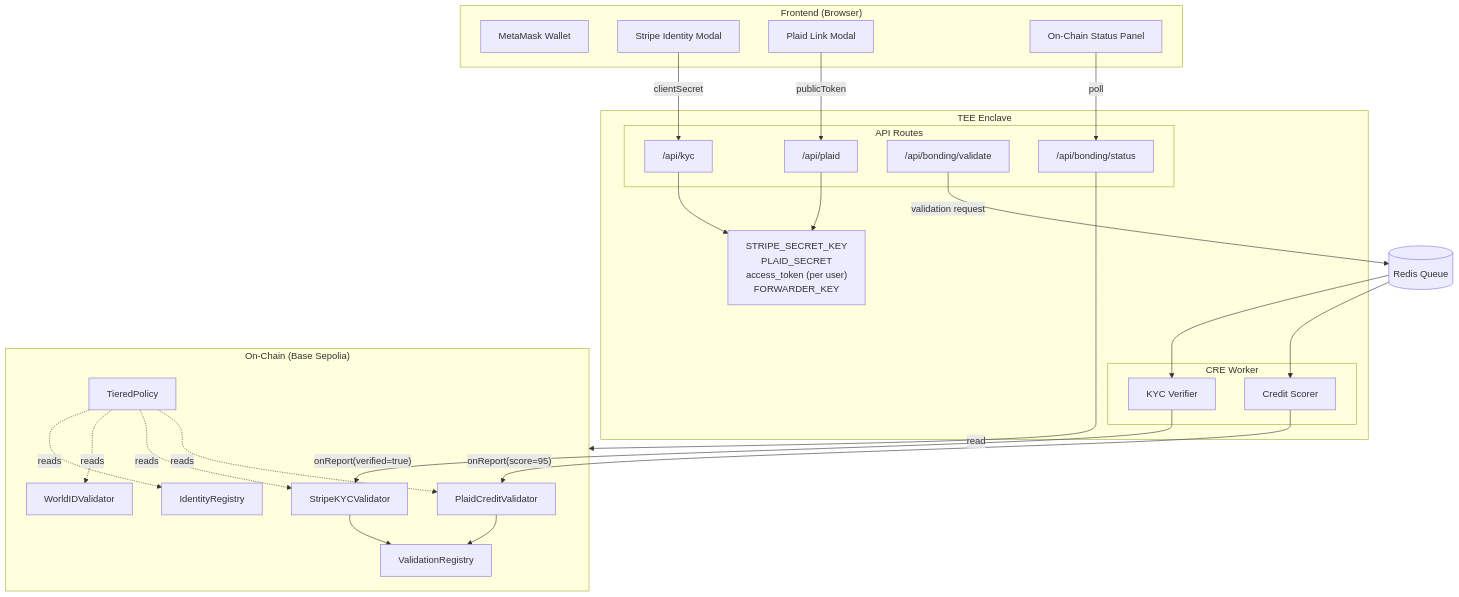
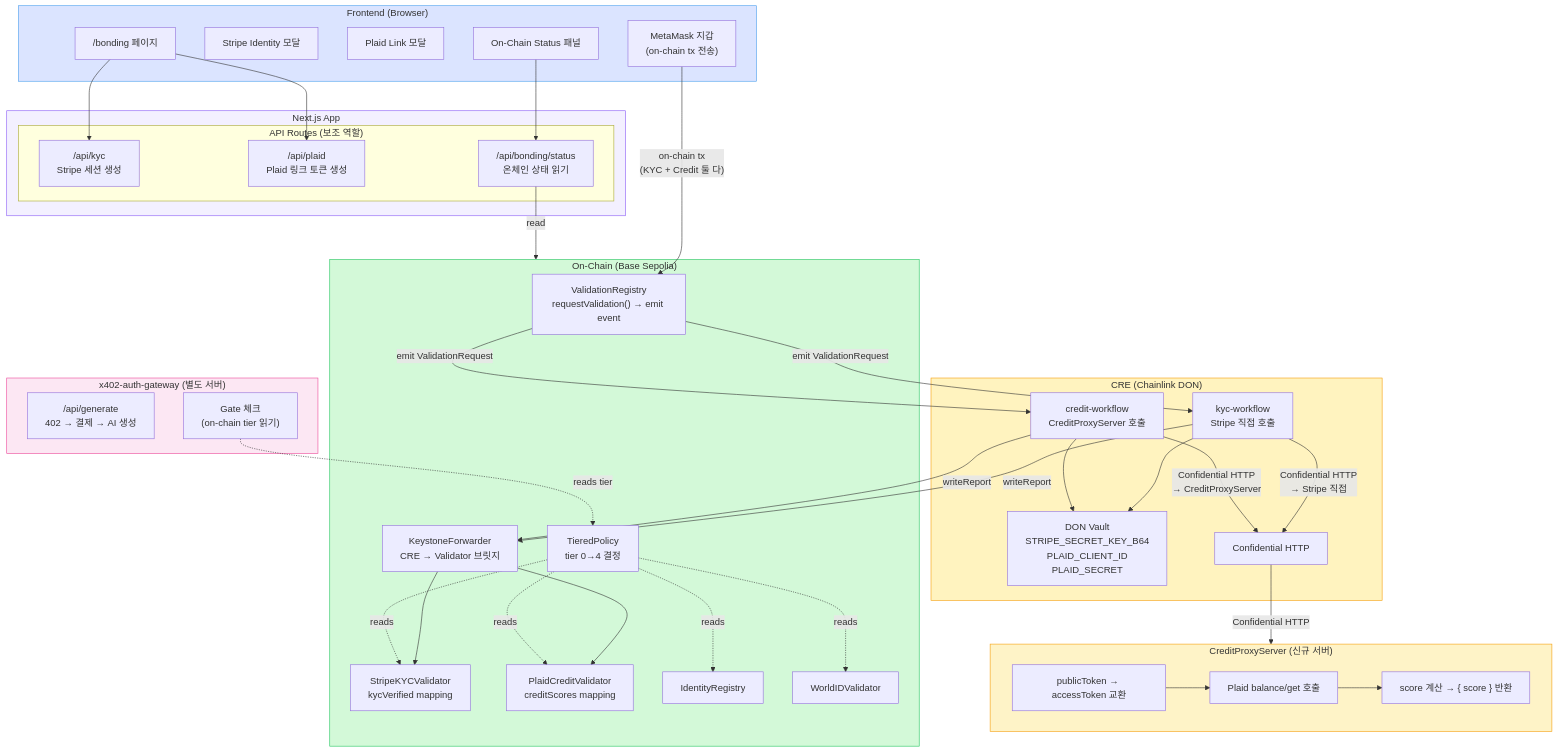
One commit to hihi-yessir/whitewall changed the second of 6 diagrams in docs/bonding-architecture.md. Above: the diagram before and after it, drawn with Mermaid. The commit also changed other lines of this file and 36 other files, not shown here.

Commit message:
replace bonding page with tryout flow, refactor demo to architecture viz

````diff
--- a/docs/bonding-architecture.md
+++ b/docs/bonding-architecture.md
@@ -103,52 +151,93 @@
 ```mermaid
 graph TB
     subgraph Browser["Frontend (Browser)"]
-        B_WALLET[MetaMask Wallet]
-        B_STRIPE[Stripe Identity Modal]
-        B_PLAID[Plaid Link Modal]
-        B_STATUS[On-Chain Status Panel]
+        B_UI["/bonding 페이지"]
+        B_STRIPE["Stripe Identity 모달"]
+        B_PLAID["Plaid Link 모달"]
+        B_WALLET["MetaMask 지갑<br/>(on-chain tx 전송)"]
+        B_STATUS["On-Chain Status 패널"]
     end
 
-    subgraph TEE["TEE Enclave"]
-        subgraph API["API Routes"]
-            API_KYC["/api/kyc"]
-            API_PLAID["/api/plaid"]
-            API_VALIDATE["/api/bonding/validate"]
-            API_STATUS["/api/bonding/status"]
-        end
-        KEYS["STRIPE_SECRET_KEY<br/>PLAID_SECRET<br/>access_token (per user)<br/>FORWARDER_KEY"]
-        subgraph CRE["CRE Worker"]
-            CRE_KYC["KYC Verifier"]
-            CRE_CREDIT["Credit Scorer"]
+    subgraph NextJS["Next.js App"]
+        subgraph APIRoutes["API Routes (보조 역할)"]
+            API_KYC["/api/kyc<br/>Stripe 세션 생성"]
+            API_PLAID["/api/plaid<br/>Plaid 링크 토큰 생성"]
+            API_STATUS["/api/bonding/status<br/>온체인 상태 읽기"]
         end
     end
 
-    REDIS[(Redis Queue)]
+    subgraph ProxyServer["CreditProxyServer (신규 서버)"]
+        PS_EXCHANGE["publicToken → accessToken 교환"]
+        PS_BALANCE["Plaid balance/get 호출"]
+        PS_SCORE["score 계산 → { score } 반환"]
+        PS_EXCHANGE --> PS_BALANCE --> PS_SCORE
+    end
+
+    subgraph Gateway["x402-auth-gateway (별도 서버)"]
+        GW_GEN["/api/generate<br/>402 → 결제 → AI 생성"]
+        GW_GATES["Gate 체크<br/>(on-chain tier 읽기)"]
+    end
 
     subgraph Chain["On-Chain (Base Sepolia)"]
-        IR[IdentityRegistry]
-        WID[WorldIDValidator]
-        SVAL[StripeKYCValidator]
-        PVAL[PlaidCreditValidator]
-        TP[TieredPolicy]
-        VR[ValidationRegistry]
+        VR["ValidationRegistry<br/>requestValidation() → emit event"]
+        SVAL["StripeKYCValidator<br/>kycVerified mapping"]
+        PVAL["PlaidCreditValidator<br/>creditScores mapping"]
+        IR["IdentityRegistry"]
+        WID["WorldIDValidator"]
+        TP["TieredPolicy<br/>tier 0→4 결정"]
+        KF["KeystoneForwarder<br/>CRE → Validator 브릿지"]
     end
 
-    B_STRIPE -->|clientSecret| API_KYC
-    B_PLAID -->|publicToken| API_PLAID
-    API_VALIDATE -->|validation request| REDIS
-    REDIS --> CRE_KYC
-    REDIS --> CRE_CREDIT
-    CRE_KYC -->|"onReport(verified=true)"| SVAL
-    CRE_CREDIT -->|"onReport(score=95)"| PVAL
-    SVAL --> VR
-    PVAL --> VR
-    API_STATUS -->|read| Chain
-    B_STATUS -->|poll| API_STATUS
-    TP -.->|reads| IR
-    TP -.->|reads| WID
-    TP -.->|reads| SVAL
-    TP -.->|reads| PVAL
-    API_KYC --> KEYS
-    API_PLAID --> KEYS
+    subgraph DON["CRE (Chainlink DON)"]
+        CRE_KYC["kyc-workflow<br/>Stripe 직접 호출"]
+        CRE_CREDIT["credit-workflow<br/>CreditProxyServer 호출"]
+        VAULT["DON Vault<br/>STRIPE_SECRET_KEY_B64<br/>PLAID_CLIENT_ID<br/>PLAID_SECRET"]
+        CONFHTTP["Confidential HTTP"]
+    end
+
+    %% Browser → API Routes (세션/링크 토큰 생성만)
+    B_UI --> API_KYC
+    B_UI --> API_PLAID
+    B_STATUS --> API_STATUS
+
+    %% Browser → Chain (FE가 직접 on-chain tx)
+    B_WALLET -->|"on-chain tx<br/>(KYC + Credit 둘 다)"| VR
+
+    %% Chain → CRE (event trigger)
+    VR -->|"emit ValidationRequest"| CRE_KYC
+    VR -->|"emit ValidationRequest"| CRE_CREDIT
+
+    %% CRE uses vault + confidential HTTP
+    CRE_KYC --> VAULT
+    CRE_CREDIT --> VAULT
+    CRE_KYC -->|"Confidential HTTP<br/>→ Stripe 직접"| CONFHTTP
+    CRE_CREDIT -->|"Confidential HTTP<br/>→ CreditProxyServer"| CONFHTTP
+
+    %% CRE Credit → CreditProxyServer
+    CONFHTTP -->|"Confidential HTTP"| ProxyServer
+
+    %% CRE → Chain (write results)
+    CRE_KYC -->|"writeReport"| KF
+    CRE_CREDIT -->|"writeReport"| KF
+    KF --> SVAL
+    KF --> PVAL
+
+    %% TieredPolicy reads all validators
+    TP -.->|"reads"| IR
+    TP -.->|"reads"| WID
+    TP -.->|"reads"| SVAL
+    TP -.->|"reads"| PVAL
+
+    %% API Status reads chain
+    API_STATUS -->|"read"| Chain
+
+    %% x402 gateway: separate concern, reads chain
+    GW_GATES -.->|"reads tier"| TP
+
+    style Browser fill:#dbe4ff,stroke:#4a9eed
+    style NextJS fill:#f3f0ff,stroke:#8b5cf6
+    style ProxyServer fill:#fef3c7,stroke:#f59e0b
+    style Gateway fill:#fce7f3,stroke:#ec4899
+    style Chain fill:#d3f9d8,stroke:#22c55e
+    style DON fill:#fff3bf,stroke:#f59e0b
 ```
````
